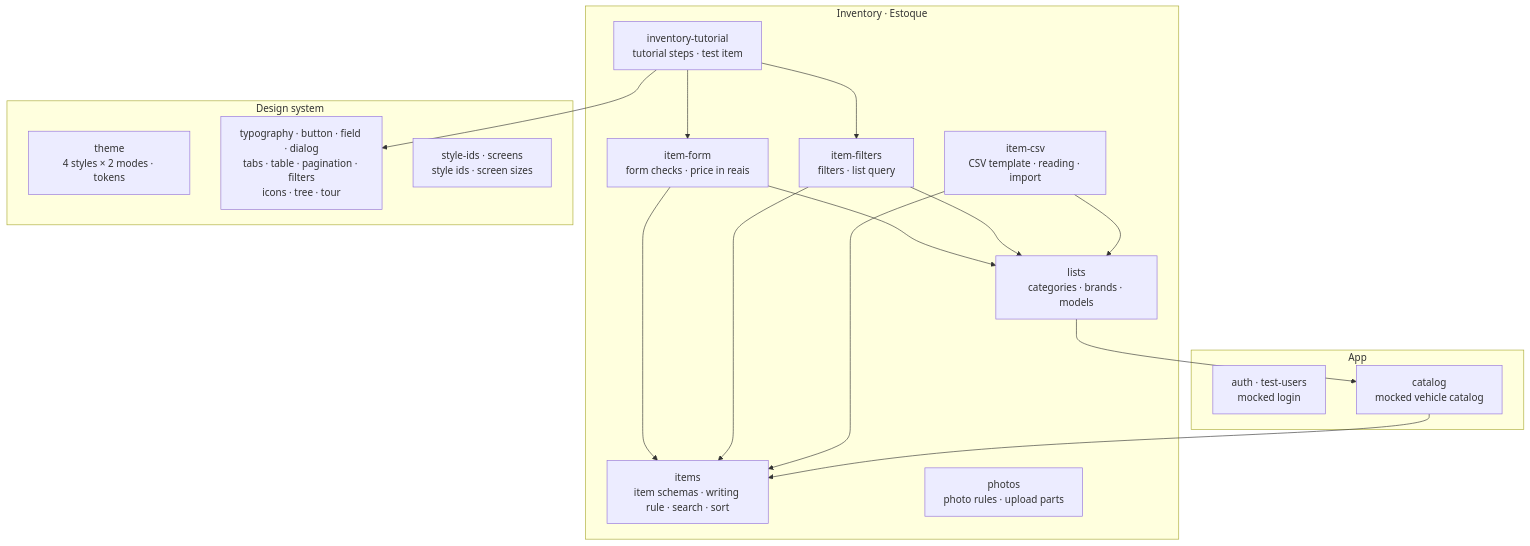
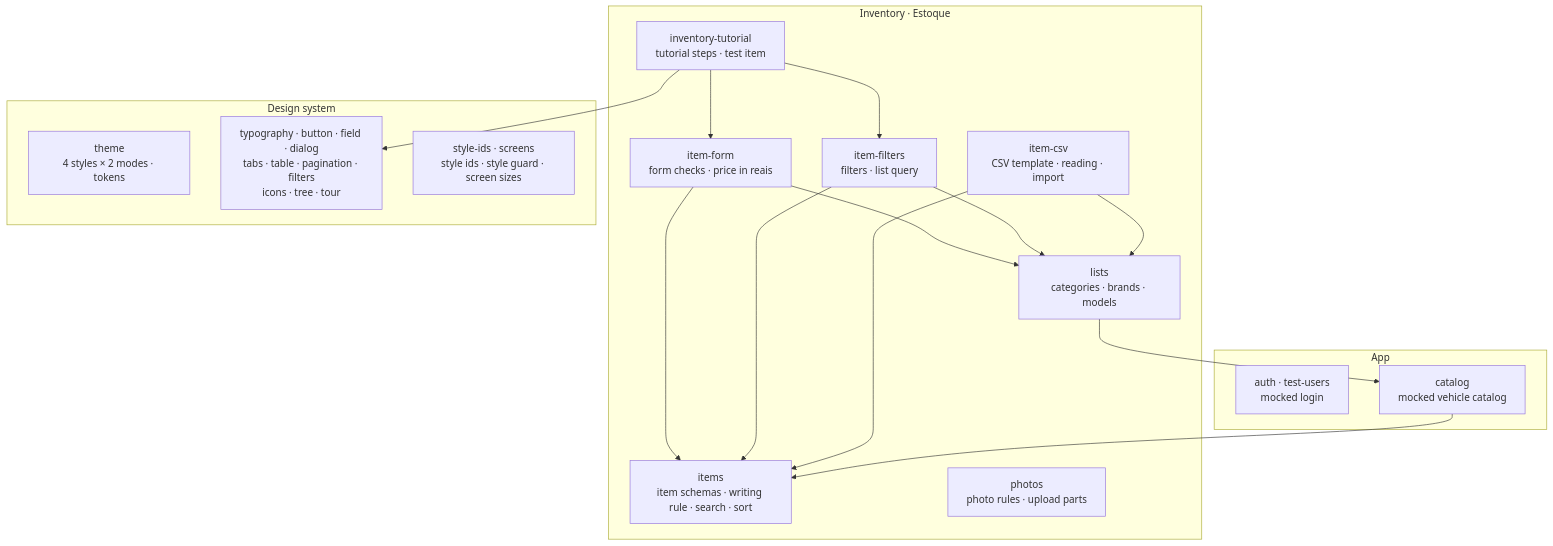
One commit to ChrisCamilo/apc-universal-repair changed the second of 4 diagrams in docs/architecture.md. Above: the diagram before and after it, drawn with Mermaid. The commit also changed other lines of this file, not shown here.

Commit message:
docs: Describe the style recipes, ids and guard in the architecture

````diff
--- a/docs/architecture.md
+++ b/docs/architecture.md
@@ -41,32 +41,32 @@
 ```mermaid
 flowchart TB
     subgraph inventory["Inventory · Estoque"]
         items["items<br/>item schemas · writing rule · search · sort"]
         itemForm["item-form<br/>form checks · price in reais"]
         itemFilters["item-filters<br/>filters · list query"]
         itemCsv["item-csv<br/>CSV template · reading · import"]
         lists["lists<br/>categories · brands · models"]
         photos["photos<br/>photo rules · upload parts"]
         tutorial["inventory-tutorial<br/>tutorial steps · test item"]
     end
     subgraph ui["Design system"]
         theme["theme<br/>4 styles × 2 modes · tokens"]
         rest["typography · button · field · dialog<br/>tabs · table · pagination · filters<br/>icons · tree · tour"]
-        styling["style-ids · screens<br/>style ids · screen sizes"]
+        styling["style-ids · screens<br/>style ids · style guard · screen sizes"]
     end
     subgraph other["App"]
         auth["auth · test-users<br/>mocked login"]
         catalog["catalog<br/>mocked vehicle catalog"]
     end
     itemForm --> items
     itemFilters --> items
     itemCsv --> items
     itemForm --> lists
     itemFilters --> lists
     itemCsv --> lists
     lists --> catalog
     catalog --> items
     tutorial --> itemForm
     tutorial --> itemFilters
     tutorial --> rest
 ```
````
